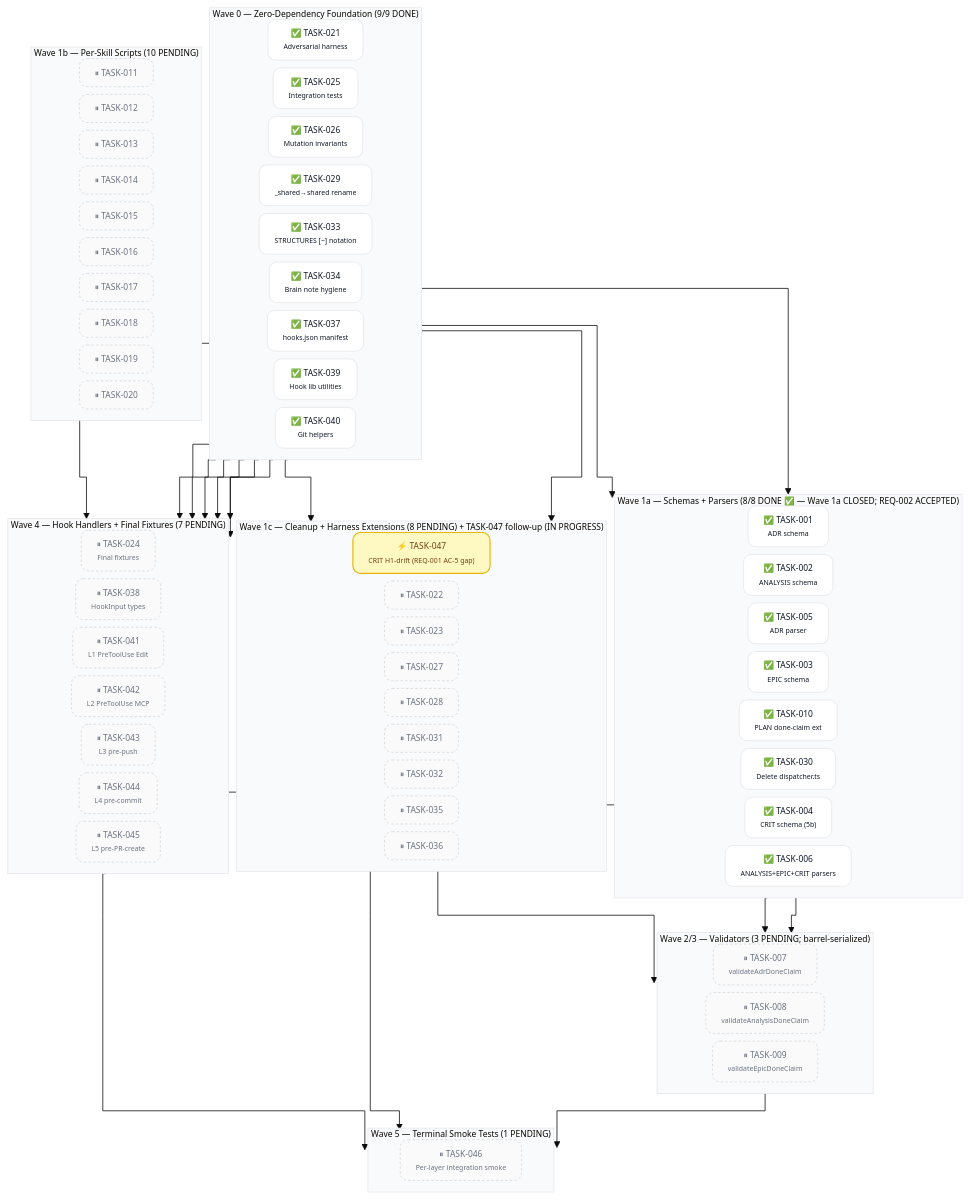
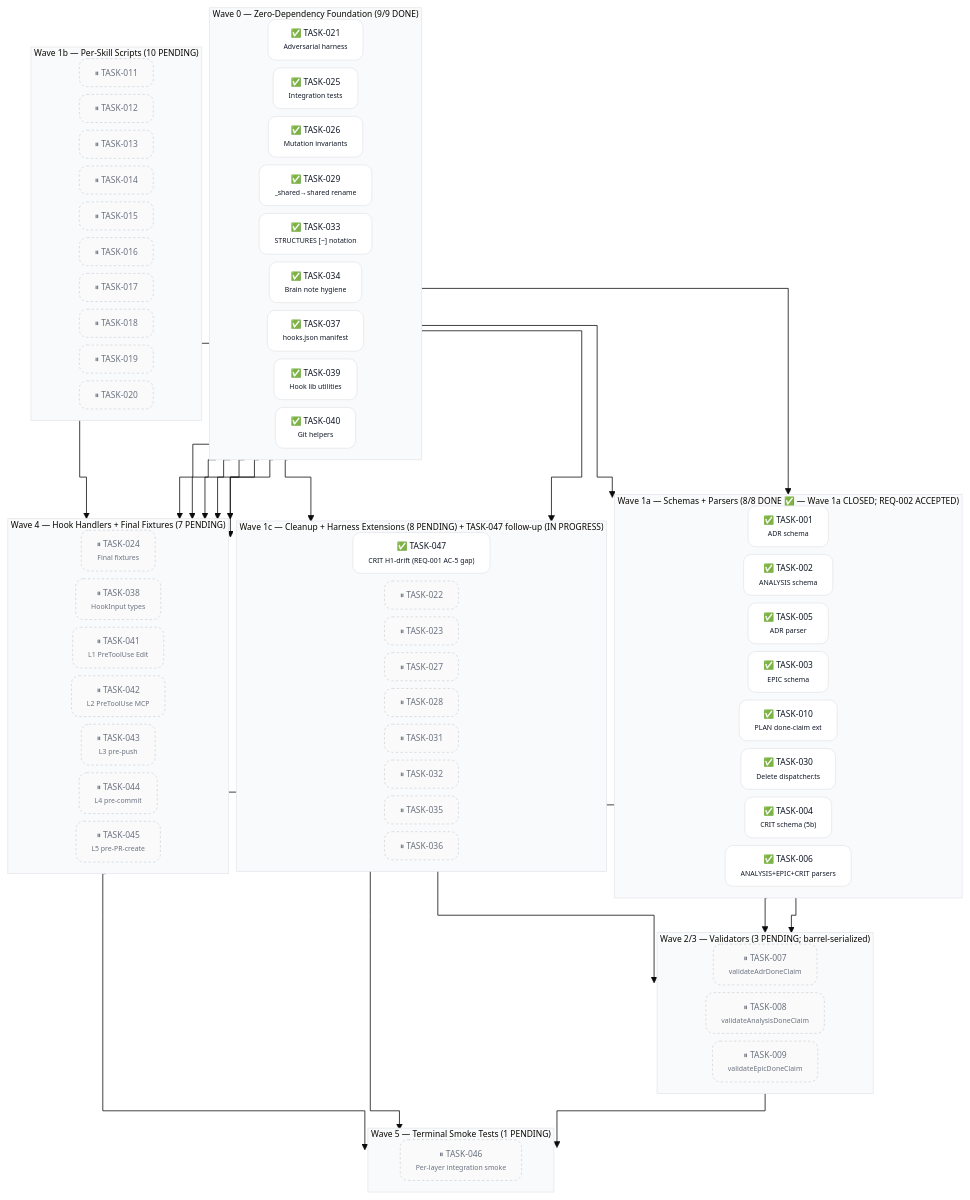
Before and after one commit to acmelabs-15/skills: the second of 2 diagrams in docs/planning/PLAN-001-skills-ecosystem.md, drawn with Mermaid. The commit also changed other lines of this file and 5 other files, not shown here.

First line of the commit message:
build(SPEC-008): TASK-047 CLOSED; REQ-001 ACCEPTED — AC-5 gap fully closed (Event 79)

````diff
--- a/docs/planning/PLAN-001-skills-ecosystem.md
+++ b/docs/planning/PLAN-001-skills-ecosystem.md
@@ -197,7 +197,7 @@
 
   subgraph W1c ["Wave 1c — Cleanup + Harness Extensions (8 PENDING) + TASK-047 follow-up (IN PROGRESS)"]
     direction LR
-    T047["⚡ TASK-047<br/><span style='font-size:9px'>CRIT H1-drift (REQ-001 AC-5 gap)</span>"]
+    T047["✅ TASK-047<br/><span style='font-size:9px'>CRIT H1-drift (REQ-001 AC-5 gap)</span>"]
     T022["⏸ TASK-022"]
     T023["⏸ TASK-023"]
     T027["⏸ TASK-027"]
@@ -254,6 +254,6 @@
   T045 --> T046
 
   class T001,T002,T003,T004,T005,T006,T010,T021,T025,T026,T029,T030,T033,T034,T037,T039,T040 done
-  class T047 inprogress
+  class T047 done
   class T007,T008,T009,T011,T012,T013,T014,T015,T016,T017,T018,T019,T020,T022,T023,T024,T027,T028,T031,T032,T035,T036,T038,T041,T042,T043,T044,T045,T046 pending
 ```
````
